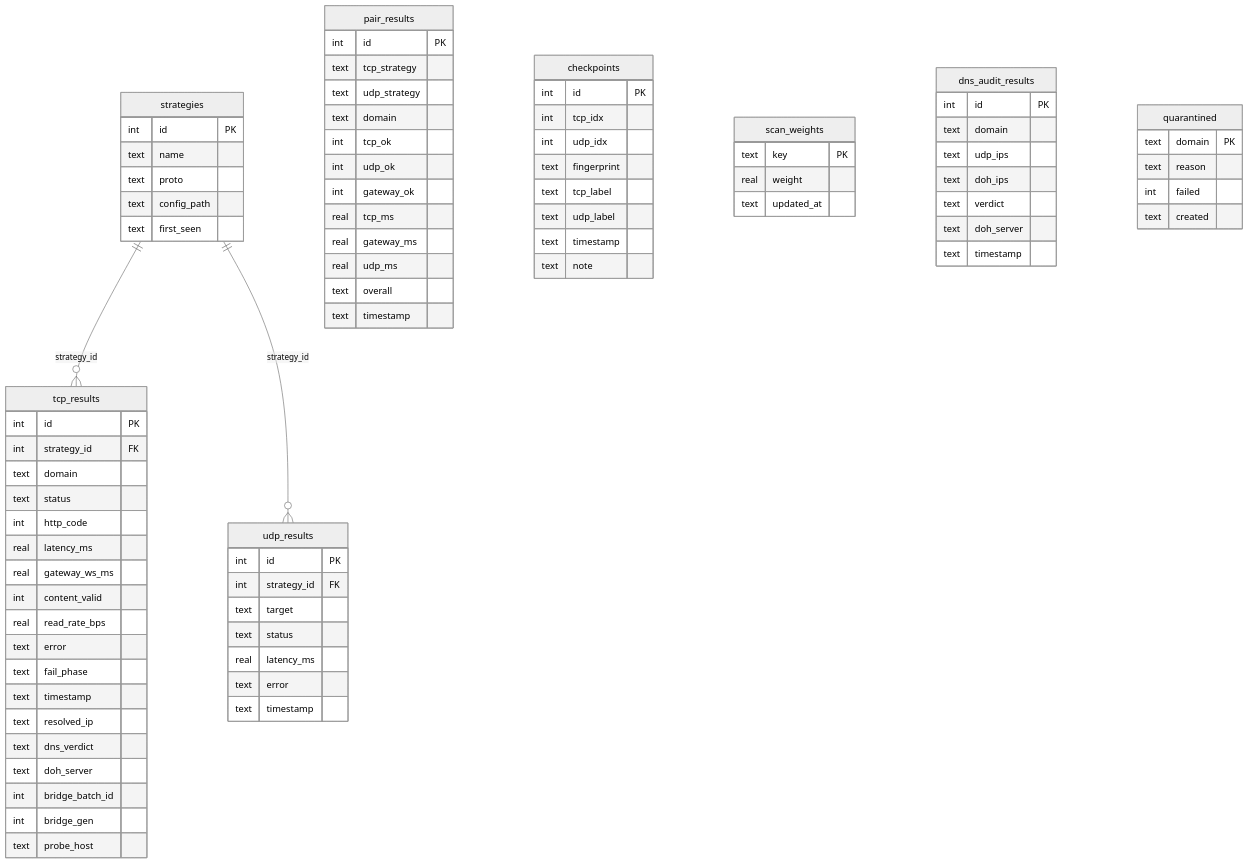
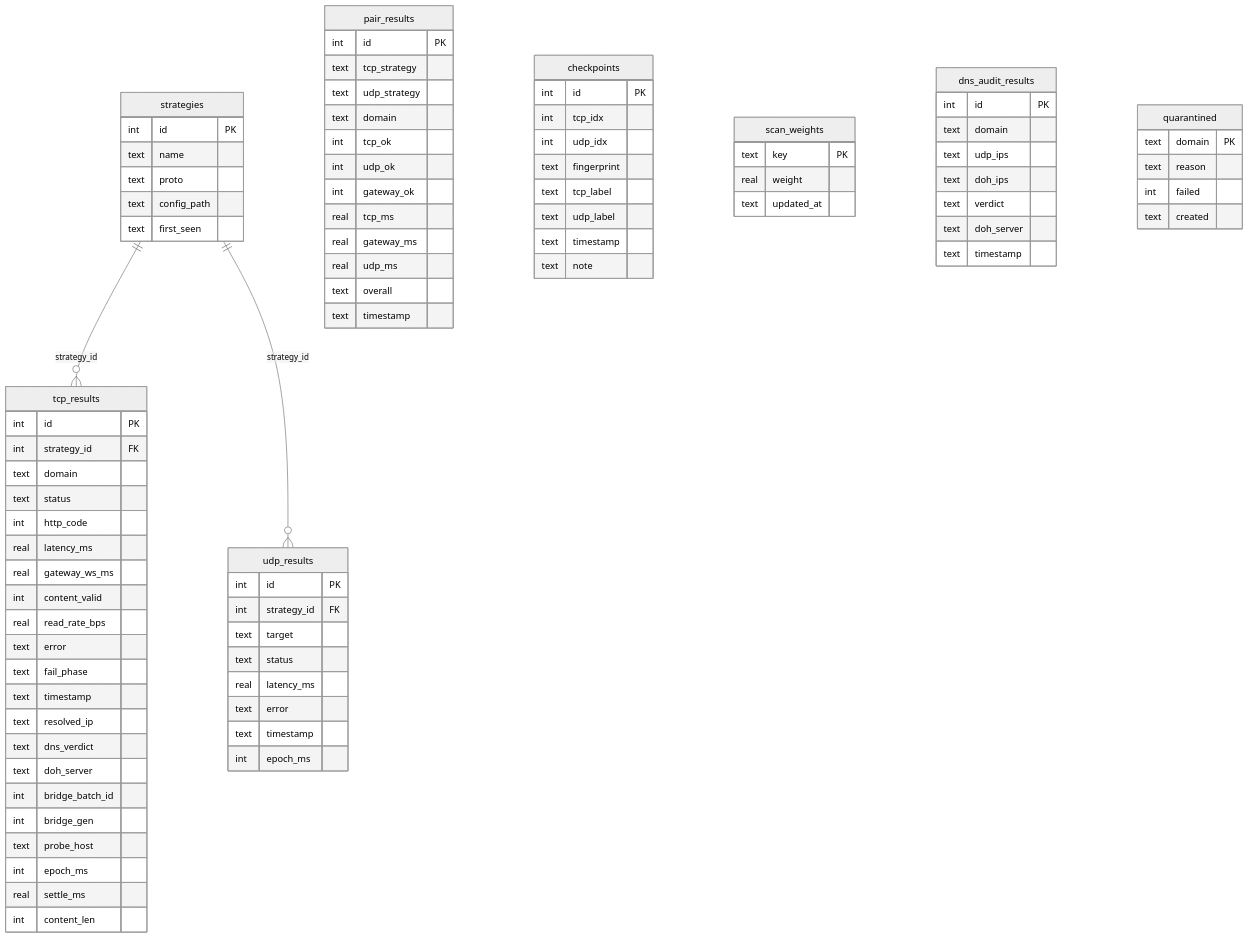
The diagram in docs/database.md (zhoel-sherk/blockcheckS), drawn with Mermaid (neutral theme) before and after one commit. The commit also changed other lines of this file and 6 other files, not shown here.

First line of the commit message:
store: long-lived writer, epoch_ms, settle_ms, WAL checkpoint

```diff
--- a/docs/database.md
+++ b/docs/database.md
@@ -38,6 +38,9 @@
     int bridge_batch_id
     int bridge_gen
     text probe_host
+    int epoch_ms
+    real settle_ms
+    int content_len
   }
   udp_results {
     int id PK
@@ -47,6 +50,7 @@
     real latency_ms
     text error
     text timestamp
+    int epoch_ms
   }
   pair_results {
     int id PK
```
